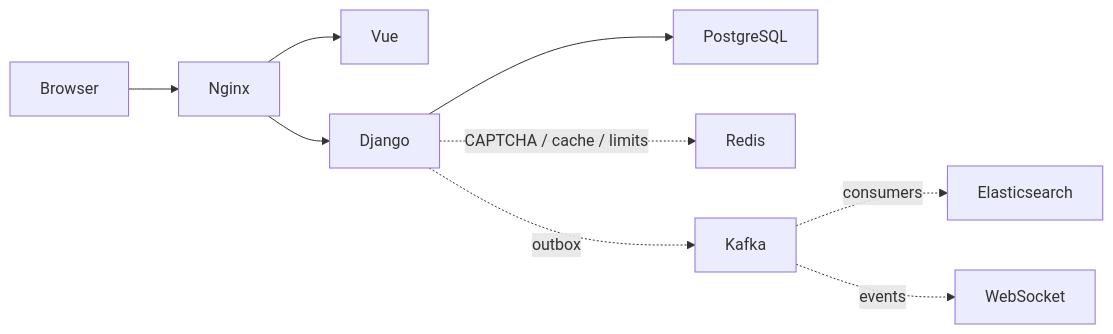
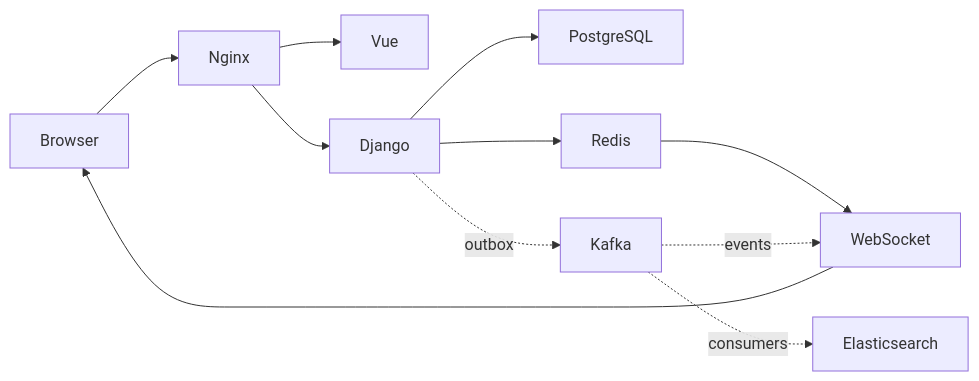
Before and after one commit to kram3ko/ThreadFlow: the diagram in README.md, drawn with Mermaid. The commit also changed other lines of this file and 36 other files, not shown here.

````diff
--- a/README.md
+++ b/README.md
@@ -32,11 +36,13 @@
 ```mermaid
 flowchart LR
     Browser --> Nginx
     Nginx --> Vue
     Nginx --> Django
     Django --> PostgreSQL
-    Django -. CAPTCHA / cache / limits .-> Redis
+    Django --> Redis
+    Redis --> WebSocket
+    WebSocket --> Browser
     Django -. outbox .-> Kafka
     Kafka -. consumers .-> Elasticsearch
     Kafka -. events .-> WebSocket
 ```
````
